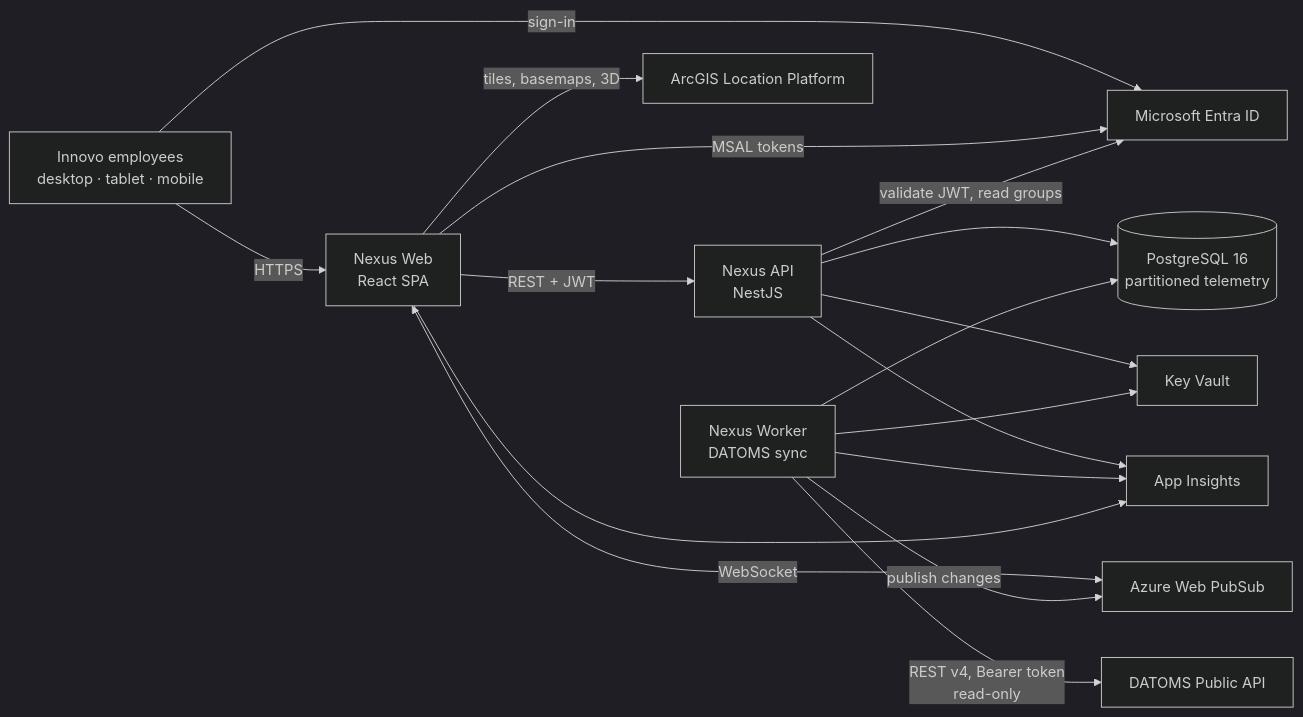
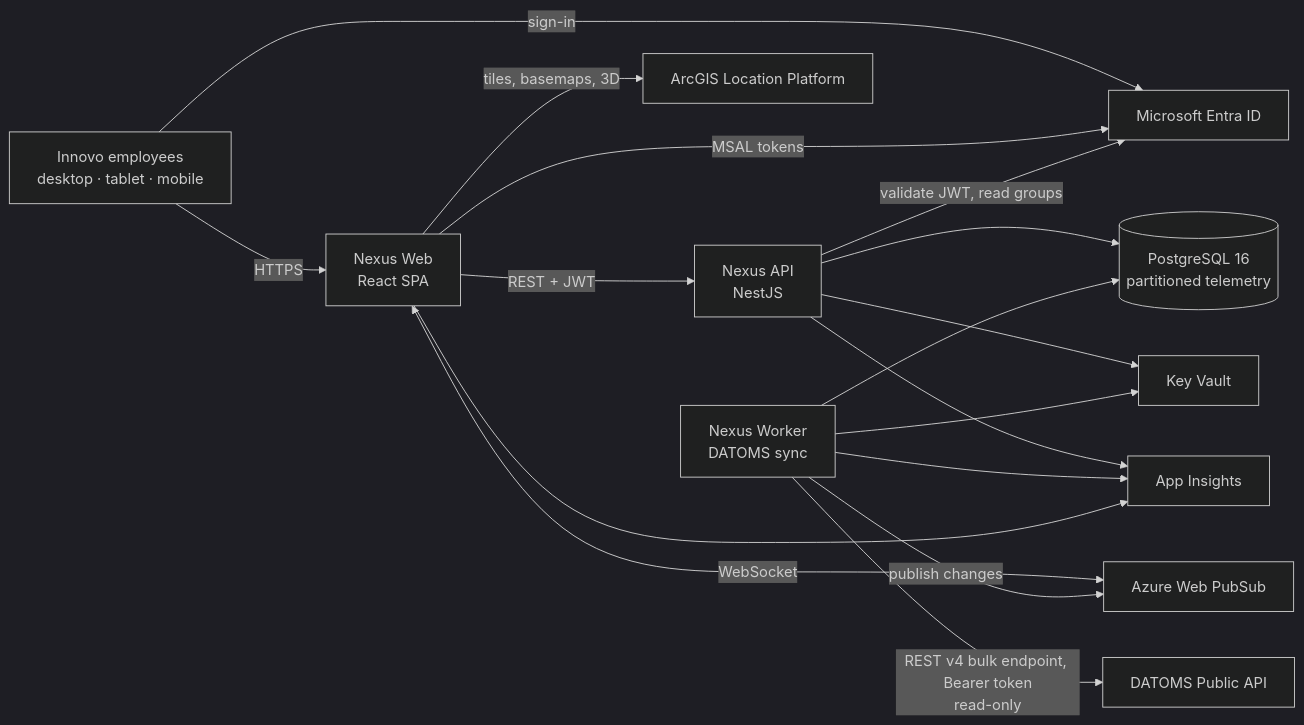
Before and after one commit to Ahmed84Abdulsattar/Nexus: the first of 4 diagrams in docs/03-architecture.md, drawn with Mermaid (dark theme). The commit also changed other lines of this file and 26 other files, not shown here.

Commit message:
docs: apply architecture review 1 + DATOMS bulk decision

````diff
--- a/docs/03-architecture.md
+++ b/docs/03-architecture.md
@@ -8,17 +8,17 @@
 ```mermaid
 flowchart LR
   U[Innovo employees<br/>desktop · tablet · mobile] -->|HTTPS| WEB[Nexus Web<br/>React SPA]
   WEB -->|REST + JWT| API[Nexus API<br/>NestJS]
   WEB <-->|WebSocket| PUB[Azure Web PubSub]
   WEB -->|tiles, basemaps, 3D| ESRI[ArcGIS Location Platform]
   U -->|sign-in| ENTRA[Microsoft Entra ID]
   WEB -->|MSAL tokens| ENTRA
   API -->|validate JWT, read groups| ENTRA
   API --> DB[(PostgreSQL 16<br/>partitioned telemetry)]
   WK[Nexus Worker<br/>DATOMS sync] --> DB
   WK -->|publish changes| PUB
-  WK -->|REST v4, Bearer token<br/>read-only| DATOMS[DATOMS Public API]
+  WK -->|REST v4 bulk endpoint, Bearer token<br/>read-only| DATOMS[DATOMS Public API]
   API --> KV[Key Vault]
   WK --> KV
   API & WK & WEB --> AI[App Insights]
 ```
````
